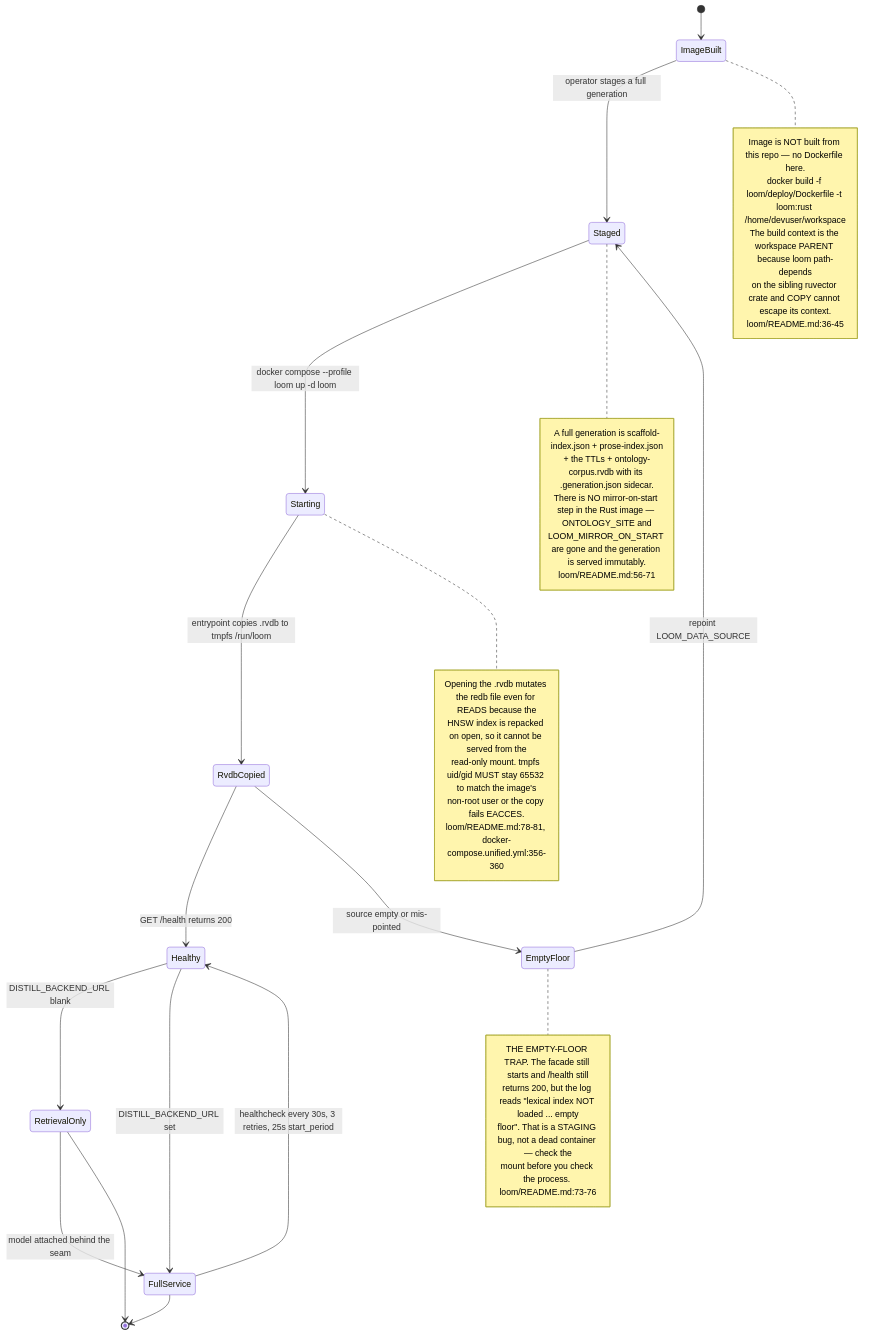
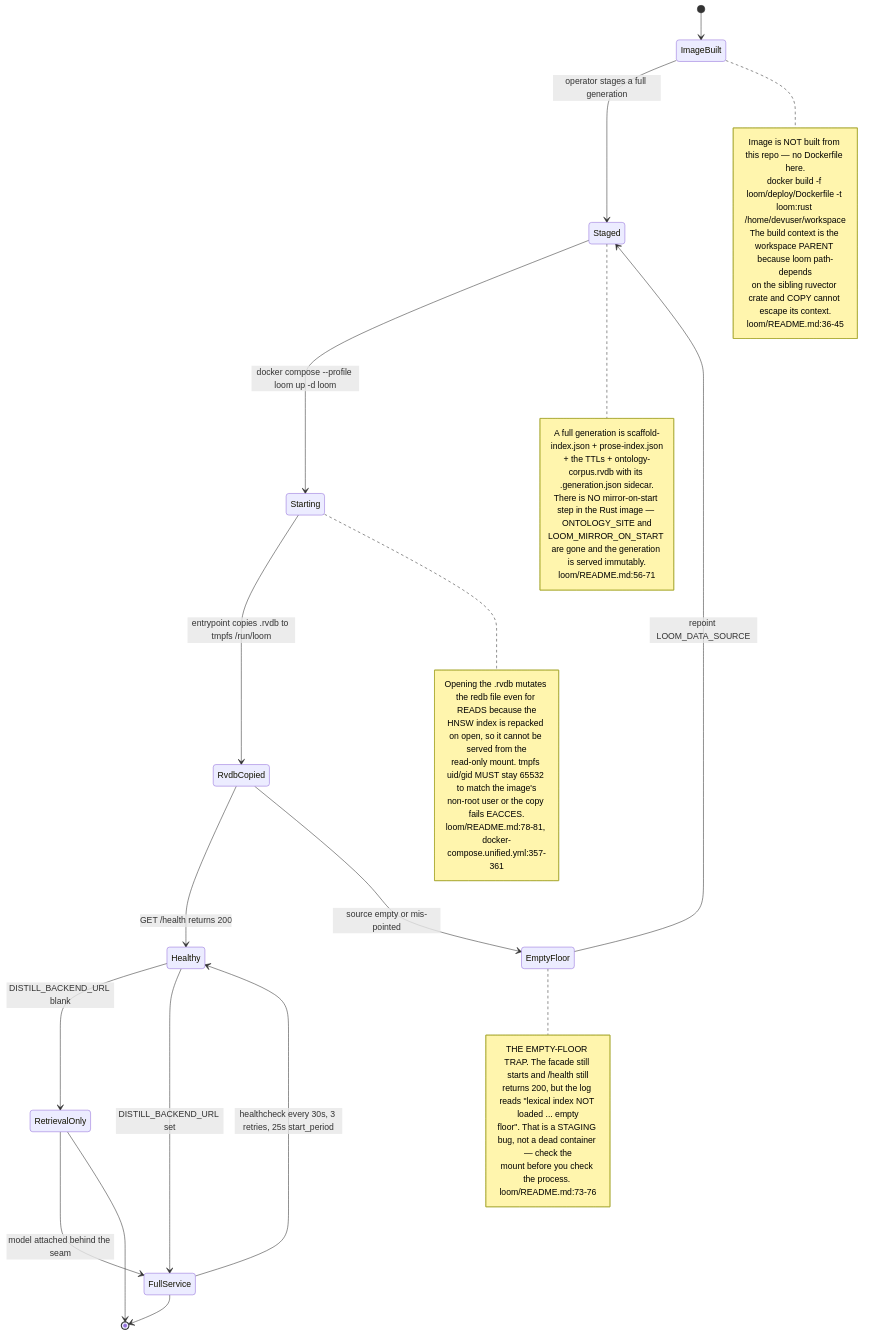
One commit to DreamLab-AI/VisionFlow changed the seventh of 12 diagrams in docs/diagrams/agentbox/24-loom-facade.md. Above: the diagram before and after it, drawn with Mermaid. The commit also changed other lines of this file and 31 other files, not shown here.

````diff
--- a/docs/diagrams/agentbox/24-loom-facade.md
+++ b/docs/diagrams/agentbox/24-loom-facade.md
@@ -266,43 +266,43 @@
 ```mermaid
 stateDiagram-v2
     [*] --> ImageBuilt
     ImageBuilt --> Staged : operator stages a full generation
     note right of ImageBuilt
         Image is NOT built from this repo — no Dockerfile here.
         docker build -f loom/deploy/Dockerfile -t loom:rust /home/devuser/workspace
         The build context is the workspace PARENT because loom path-depends
         on the sibling ruvector crate and COPY cannot escape its context.
         loom/README.md:36-45
     end note
     Staged --> Starting : docker compose --profile loom up -d loom
     note right of Staged
         A full generation is scaffold-index.json + prose-index.json
         + the TTLs + ontology-corpus.rvdb with its .generation.json sidecar.
         There is NO mirror-on-start step in the Rust image — ONTOLOGY_SITE and
         LOOM_MIRROR_ON_START are gone and the generation is served immutably.
         loom/README.md:56-71
     end note
     Starting --> RvdbCopied : entrypoint copies .rvdb to tmpfs /run/loom
     note right of Starting
         Opening the .rvdb mutates the redb file even for READS because the
         HNSW index is repacked on open, so it cannot be served from the
         read-only mount. tmpfs uid/gid MUST stay 65532 to match the image's
         non-root user or the copy fails EACCES.
-        loom/README.md:78-81, docker-compose.unified.yml:356-360
+        loom/README.md:78-81, docker-compose.unified.yml:357-361
     end note
     RvdbCopied --> Healthy : GET /health returns 200
     RvdbCopied --> EmptyFloor : source empty or mis-pointed
     note right of EmptyFloor
         THE EMPTY-FLOOR TRAP. The facade still starts and /health still
         returns 200, but the log reads "lexical index NOT loaded ... empty
         floor". That is a STAGING bug, not a dead container — check the
         mount before you check the process. loom/README.md:73-76
     end note
     EmptyFloor --> Staged : repoint LOOM_DATA_SOURCE
     Healthy --> RetrievalOnly : DISTILL_BACKEND_URL blank
     Healthy --> FullService : DISTILL_BACKEND_URL set
     RetrievalOnly --> FullService : model attached behind the seam
     FullService --> Healthy : healthcheck every 30s, 3 retries, 25s start_period
     RetrievalOnly --> [*]
     FullService --> [*]
 ```
````
